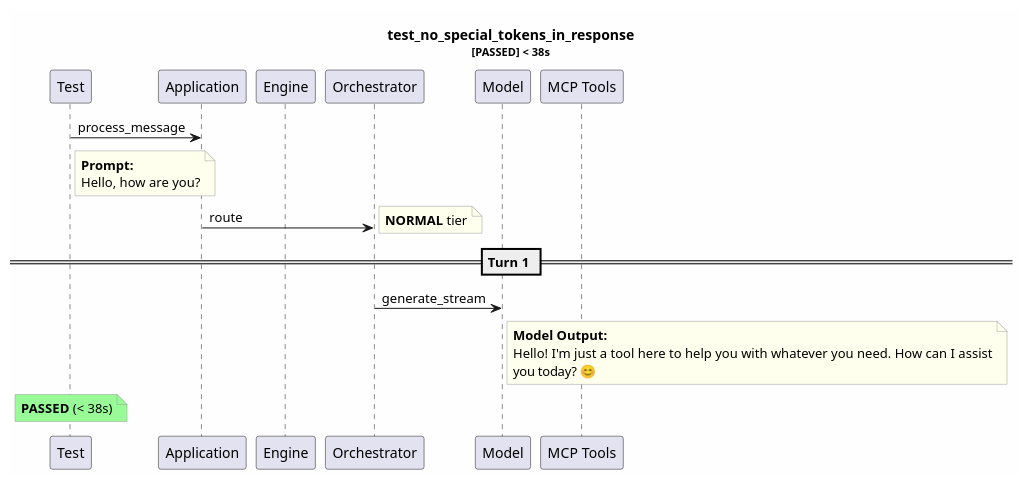
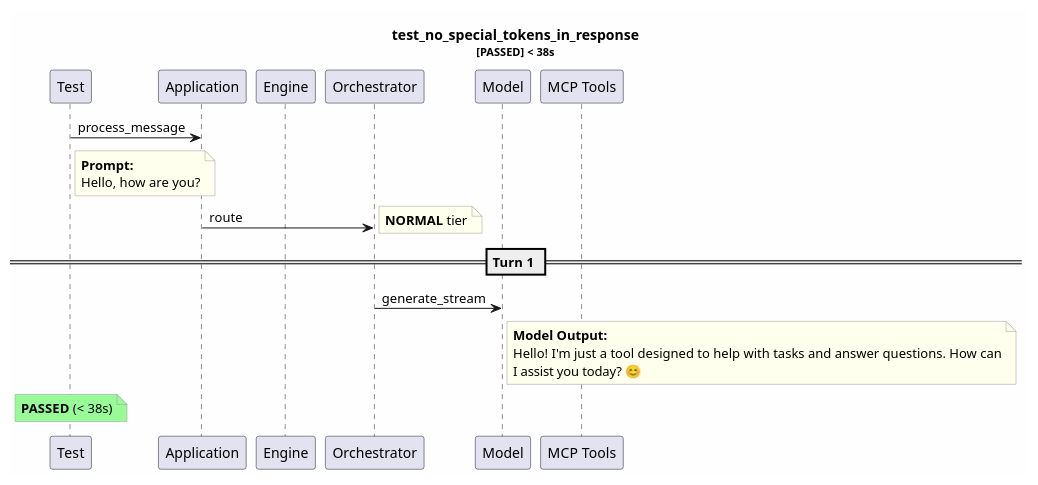
One commit to tvanfossen/entropic changed the diagram in test-reports/logs/test_no_special_tokens_in_response/test_no_special_tokens_in_response.puml. Above: the diagram before and after it, drawn with PlantUML. The commit also changed 32 other files, not shown here.

```diff
--- a/test-reports/logs/test_no_special_tokens_in_response/test_no_special_tokens_in_response.puml
+++ b/test-reports/logs/test_no_special_tokens_in_response/test_no_special_tokens_in_response.puml
@@ -1,32 +1,32 @@
 @startuml
 skinparam backgroundColor #FEFEFE
 skinparam noteBorderColor #999999
 skinparam noteBackgroundColor #FFFFEE
 title test_no_special_tokens_in_response\n<size:11>[PASSED] < 38s</size>
 
 participant "Test" as T
 participant "Application" as App
 participant "Engine" as Eng
 participant "Orchestrator" as Orch
 participant "Model" as Mdl
 participant "MCP Tools" as MCP
 
 T -> App: process_message
 note right of T
   **Prompt:**
   Hello, how are you?
 end note
 App -> Orch: route
 note right: **NORMAL** tier
 == Turn 1 ==
 Orch -> Mdl: generate_stream
 note right of Mdl
   **Model Output:**
-  Hello! I'm just a tool here to help you with whatever you need. How can I assist
-  you today? 😊
+  Hello! I'm just a tool designed to help with tasks and answer questions. How can
+  I assist you today? 😊
 end note
 note over T #palegreen
   **PASSED** (< 38s)
 end note
 
 @enduml
```
